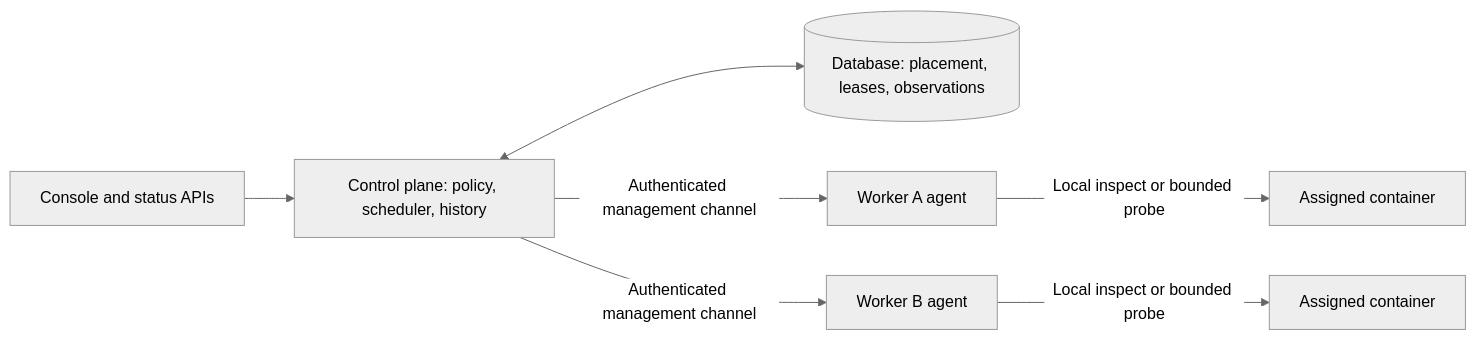
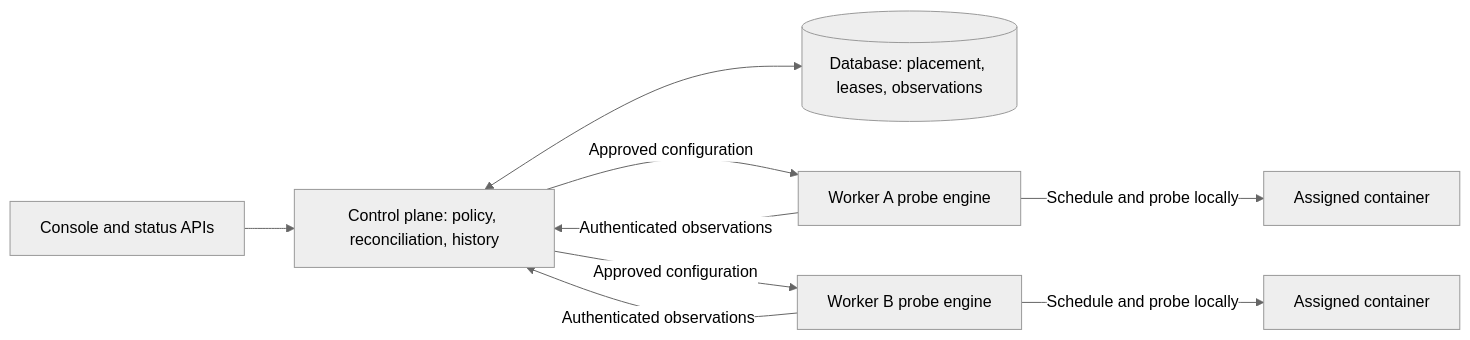
The diagram in docs/adr/053-distributed-runtime-health-and-worker-uptime.md (gotempsh/temps), drawn with Mermaid (neutral theme) before and after one commit. The commit also changed other lines of this file, not shown here.

Commit message:
docs(adr): share node-local health engine across hosting topologies

````diff
--- a/docs/adr/053-distributed-runtime-health-and-worker-uptime.md
+++ b/docs/adr/053-distributed-runtime-health-and-worker-uptime.md
@@ -59,9 +69,11 @@
 ```mermaid
 flowchart LR
-    UI[Console and status APIs] --> CP[Control plane: policy, scheduler, history]
+    UI[Console and status APIs] --> CP[Control plane: policy, reconciliation, history]
     CP <--> DB[(Database: placement, leases, observations)]
-    CP -->|Authenticated management channel| A[Worker A agent]
-    CP -->|Authenticated management channel| B[Worker B agent]
-    A -->|Local inspect or bounded probe| W1[Assigned container]
-    B -->|Local inspect or bounded probe| W2[Assigned container]
+    CP -->|Approved configuration| A[Worker A probe engine]
+    CP -->|Approved configuration| B[Worker B probe engine]
+    A -->|Authenticated observations| CP
+    B -->|Authenticated observations| CP
+    A -->|Schedule and probe locally| W1[Assigned container]
+    B -->|Schedule and probe locally| W2[Assigned container]
 ```
````
